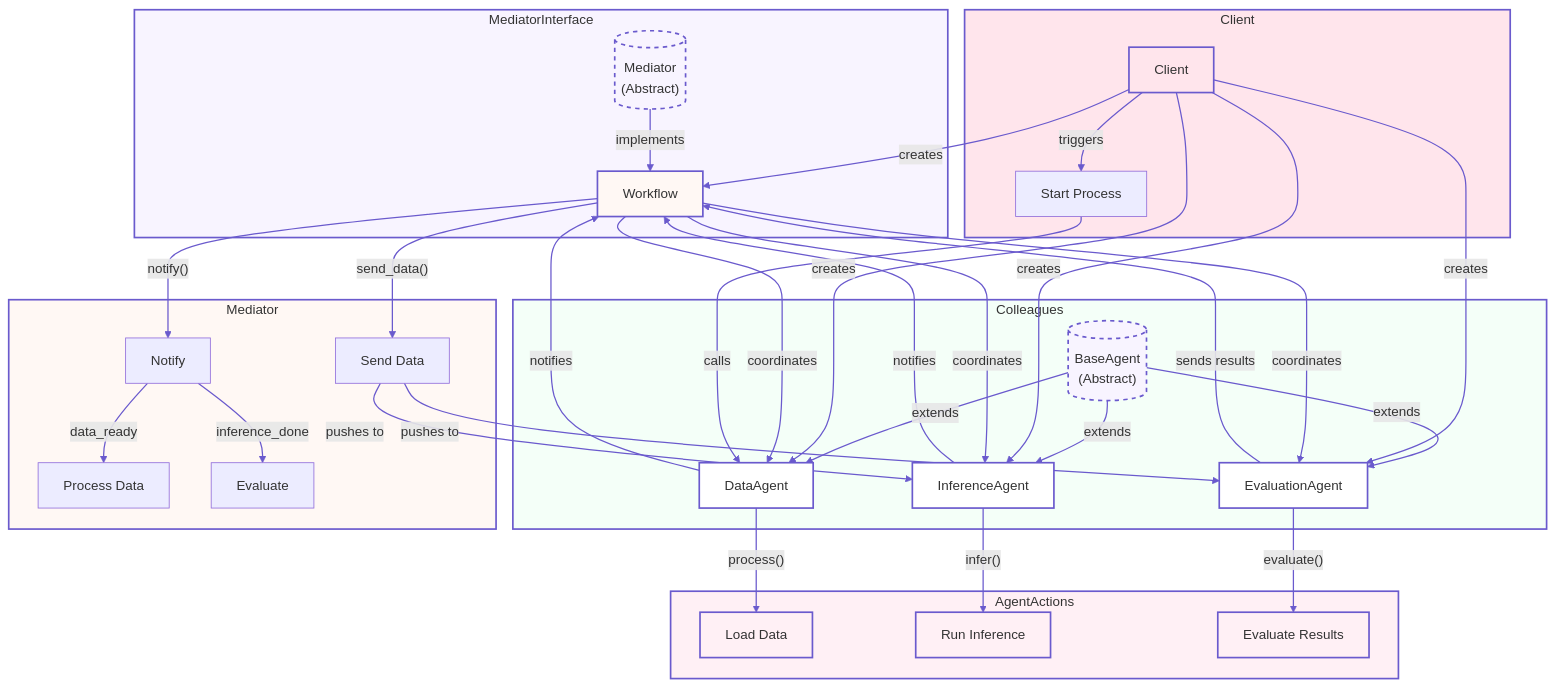
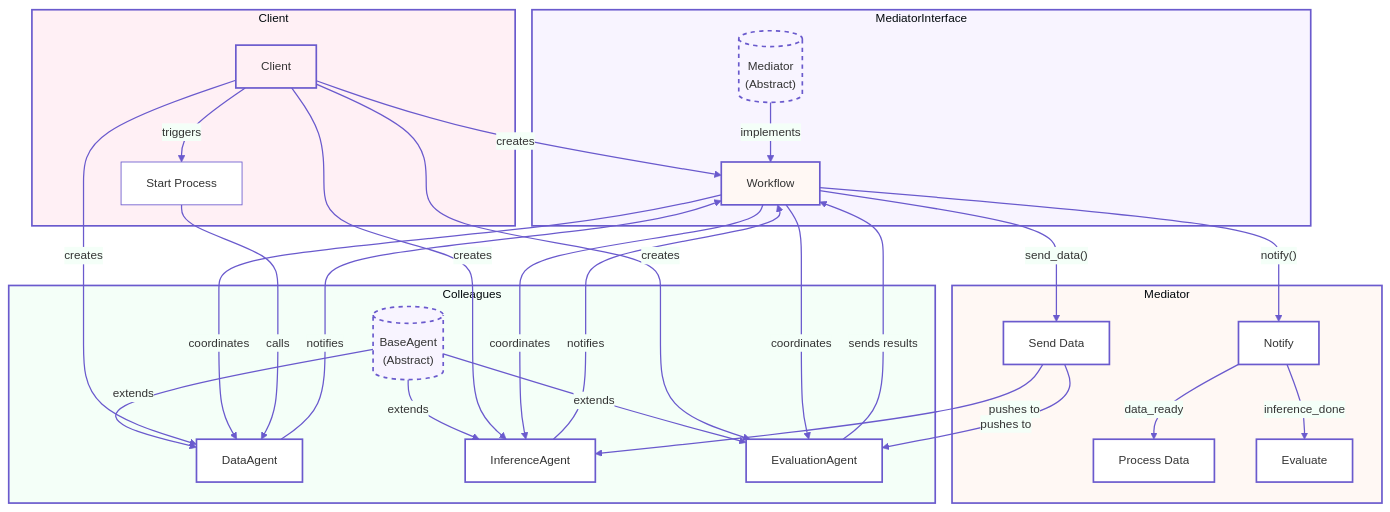
Before and after one commit to arunpshankar/Python-Design-Patterns-for-AI: the diagram in src/mermaid/10_mediator_push.mmd, drawn with Mermaid.

```diff
--- a/src/mermaid/10_mediator_push.mmd
+++ b/src/mermaid/10_mediator_push.mmd
@@ -1,83 +1,74 @@
-%%{init: {'theme': 'base', 'themeVariables': { 
-    'primaryColor': '#f8f4ff', 
-    'secondaryColor': '#f4fff8', 
-    'tertiaryColor': '#fff8f4', 
-    'mainBkg': '#ffffff', 
-    'nodeBorder': '#6a5acd', 
-    'clusterBkg': '#fafafa', 
-    'clusterBorder': '#6a5acd', 
-    'lineColor': '#6a5acd', 
-    'fontFamily': 'Helvetica, Arial, sans-serif', 
-    'fontSize': '14px' 
+%%{init: {'theme': 'base', 'themeVariables': {
+    'primaryColor': '#f8f4ff',
+    'secondaryColor': '#f4fff8',
+    'tertiaryColor': '#fff8f4',
+    'mainBkg': '#ffffff',
+    'nodeBorder': '#6a5acd',
+    'clusterBkg': '#fafafa',
+    'clusterBorder': '#6a5acd',
+    'lineColor': '#6a5acd',
+    'fontFamily': 'Helvetica, Arial, sans-serif',
+    'fontSize': '14px'
 }}}%%
 
 flowchart TB
-    subgraph MediatorInterface
-        style MediatorInterface fill:#f8f4ff,stroke:#6a5acd,stroke-width:2px
-        MI[("Mediator<br>(Abstract)")]
-        WF["Workflow"]
-        MI -->|"implements"| WF
-    end
+    subgraph MediatorInterface
+        style MediatorInterface fill:#f8f4ff,stroke:#6a5acd,stroke-width:2px
+        MI[("Mediator<br>(Abstract)")]
+        WF["Workflow"]
+        MI -->|"implements"| WF
+    end
 
-    subgraph Colleagues
-        style Colleagues fill:#f4fff8,stroke:#6a5acd,stroke-width:2px
-        BA[("BaseAgent<br>(Abstract)")]
-        DA["DataAgent"]
-        IA["InferenceAgent"]
-        EA["EvaluationAgent"]
-        BA -->|"extends"| DA
-        BA -->|"extends"| IA
-        BA -->|"extends"| EA
-    end
+    subgraph Colleagues
+        style Colleagues fill:#f4fff8,stroke:#6a5acd,stroke-width:2px
+        BA[("BaseAgent<br>(Abstract)")]
+        DA["DataAgent"]
+        IA["InferenceAgent"]
+        EA["EvaluationAgent"]
+        BA -->|"extends"| DA
+        BA -->|"extends"| IA
+        BA -->|"extends"| EA
+    end
 
-    subgraph Mediator
-        style Mediator fill:#fff8f4,stroke:#6a5acd,stroke-width:2px
-        WF -->|"notify()"| NT["Notify"]
-        WF -->|"send_data()"| SD["Send Data"]
-        NT -->|"data_ready"| PD["Process Data"]
-        NT -->|"inference_done"| EV["Evaluate"]
-    end
+    subgraph Mediator
+        style Mediator fill:#fff8f4,stroke:#6a5acd,stroke-width:2px
+        WF -->|"notify()"| NT["Notify"]
+        WF -->|"send_data()"| SD["Send Data"]
+        NT -->|"data_ready"| PD["Process Data"]
+        NT -->|"inference_done"| EV["Evaluate"]
+    end
 
-    subgraph AgentActions
-        style AgentActions fill:#fff0f5,stroke:#6a5acd,stroke-width:2px
-        DA -->|"process()"| LD["Load Data"]
-        IA -->|"infer()"| RI["Run Inference"]
-        EA -->|"evaluate()"| ER["Evaluate Results"]
-    end
+    subgraph Client
+        style Client fill:#fff0f5,stroke:#6a5acd,stroke-width:2px
+        CL["Client"]
+        CL -->|"creates"| DA
+        CL -->|"creates"| IA
+        CL -->|"creates"| EA
+        CL -->|"creates"| WF
+        CL -->|"triggers"| TP["Start Process"]
+    end
 
-    subgraph Client
-        style Client fill:#ffe5ec,stroke:#6a5acd,stroke-width:2px
-        CL["Client"]
-        CL -->|"creates"| DA
-        CL -->|"creates"| IA
-        CL -->|"creates"| EA
-        CL -->|"creates"| WF
-        CL -->|"triggers"| TP["Start Process"]
-    end
+    WF -->|"coordinates"| DA
+    WF -->|"coordinates"| IA
+    WF -->|"coordinates"| EA
 
-    WF -->|"coordinates"| DA
-    WF -->|"coordinates"| IA
-    WF -->|"coordinates"| EA
+    DA -->|"notifies"| WF
+    IA -->|"notifies"| WF
+    EA -->|"sends results"| WF
 
-    DA -->|"notifies"| WF
-    IA -->|"notifies"| WF
-    EA -->|"sends results"| WF
+    SD -->|"pushes to"| IA
+    SD -->|"pushes to"| EA
 
-    SD -->|"pushes to"| IA
-    SD -->|"pushes to"| EA
+    TP -->|"calls"| DA
 
-    TP -->|"calls"| DA
+    classDef abstract fill:#f8f4ff,stroke:#6a5acd,stroke-width:2px,stroke-dasharray: 5 5
+    classDef concrete fill:#ffffff,stroke:#6a5acd,stroke-width:2px
+    classDef mediator fill:#fff8f4,stroke:#6a5acd,stroke-width:2px
+    classDef client fill:#fff0f5,stroke:#6a5acd,stroke-width:2px
 
-    classDef abstract fill:#f8f4ff,stroke:#6a5acd,stroke-width:2px,stroke-dasharray: 5 5
-    classDef concrete fill:#ffffff,stroke:#6a5acd,stroke-width:2px
-    classDef mediator fill:#fff8f4,stroke:#6a5acd,stroke-width:2px
-    classDef action fill:#fff0f5,stroke:#6a5acd,stroke-width:2px
-     classDef client fill:#ffe5ec,stroke:#6a5acd,stroke-width:2px
+    class MI,BA abstract
+    class WF,DA,IA,EA,NT,PD,EV,SD concrete
+    class WF mediator
+    class CL client
 
-    class MI,BA abstract
-    class WF,DA,IA,EA concrete
-    class WF mediator
-    class LD,RI,ER action
-    class CL client
-
-    linkStyle default stroke:#6a5acd,stroke-width:1.5px
+    linkStyle default stroke:#6a5acd,stroke-width:1.5px
```
